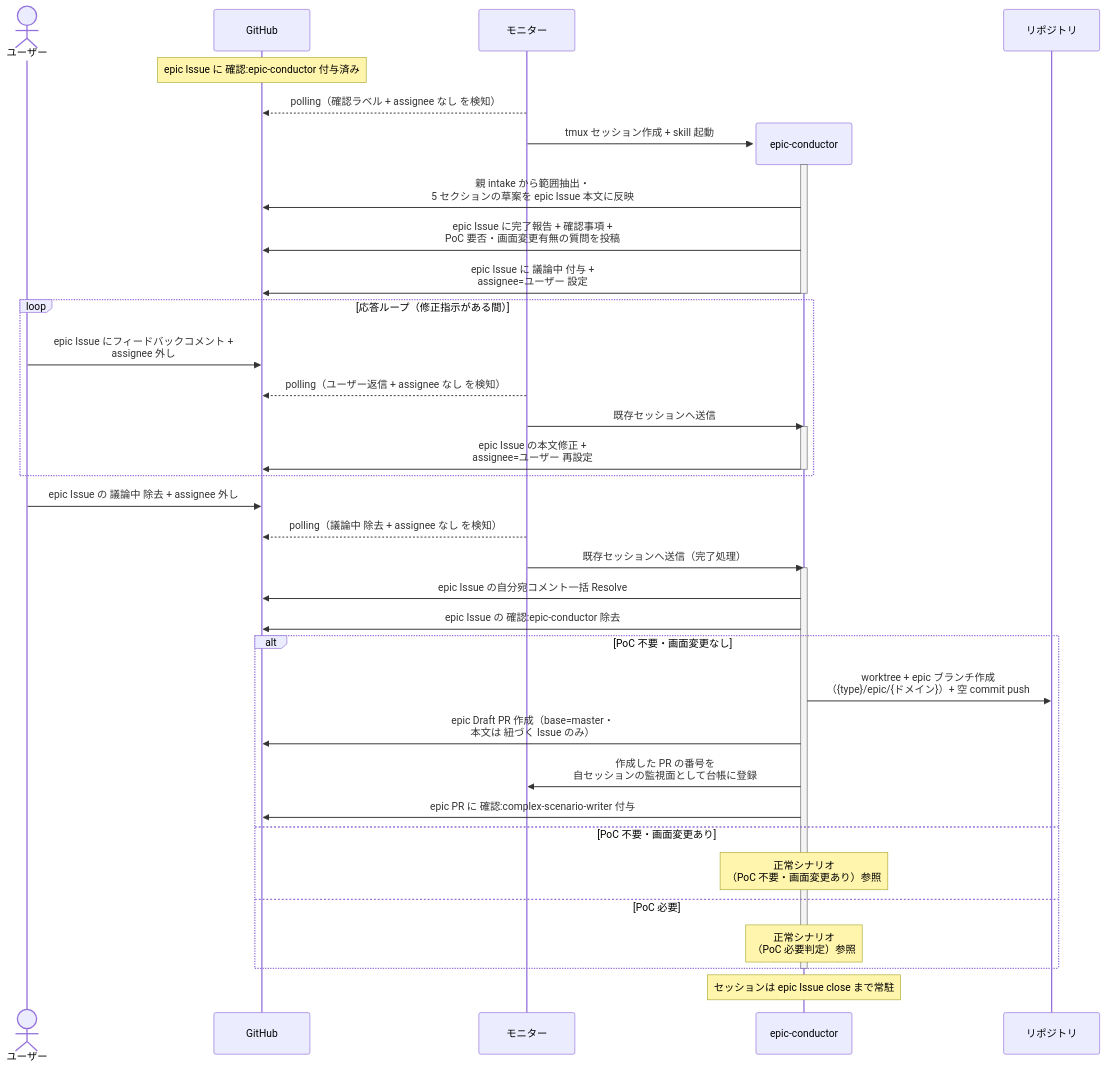
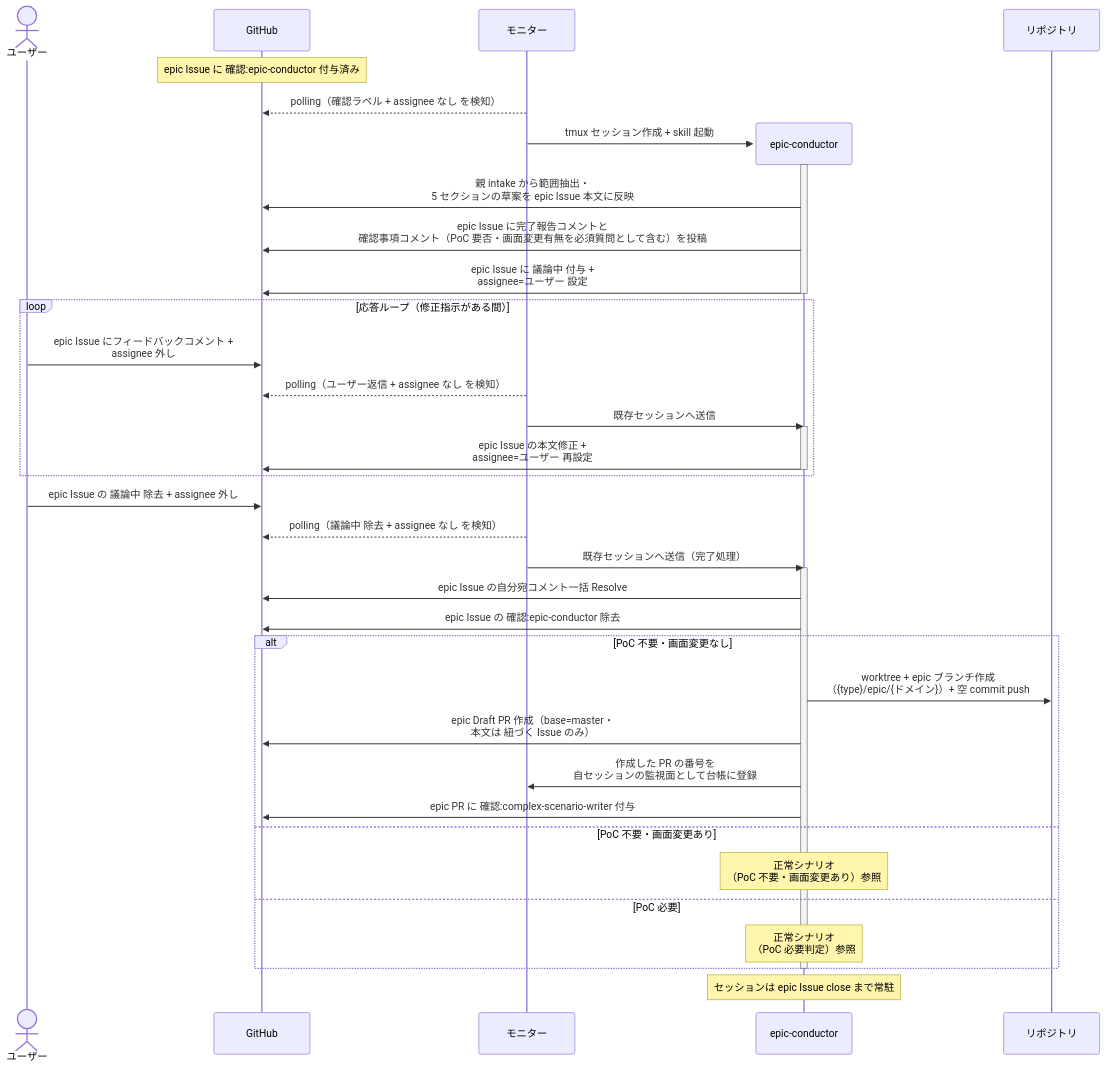
The first of 3 diagrams in docs/wiki/設計図/シナリオ/単一ユースケース/epic要件確定.md (shuhei1101/ai-monitor), drawn with Mermaid before and after one commit. The commit also changed 5 other files, not shown here.

````diff
--- a/docs/wiki/設計図/シナリオ/単一ユースケース/epic要件確定.md
+++ b/docs/wiki/設計図/シナリオ/単一ユースケース/epic要件確定.md
@@ -23,45 +23,45 @@
 ```mermaid
 sequenceDiagram
   actor U as ユーザー
   participant GH as GitHub
   participant ORC as モニター
 
   Note over GH: epic Issue に 確認:epic-conductor 付与済み
   ORC-->>GH: polling（確認ラベル + assignee なし を検知）
   create participant MON as epic-conductor
   ORC->>MON: tmux セッション作成 + skill 起動
   participant REPO as リポジトリ
   activate MON
   MON->>GH: 親 intake から範囲抽出・<br>5 セクションの草案を epic Issue 本文に反映
-  MON->>GH: epic Issue に完了報告 + 確認事項 +<br>PoC 要否・画面変更有無の質問を投稿
+  MON->>GH: epic Issue に完了報告コメントと<br>確認事項コメント（PoC 要否・画面変更有無を必須質問として含む）を投稿
   MON->>GH: epic Issue に 議論中 付与 +<br>assignee=ユーザー 設定
   deactivate MON
 
   loop 応答ループ（修正指示がある間）
     U->>GH: epic Issue にフィードバックコメント +<br>assignee 外し
     ORC-->>GH: polling（ユーザー返信 + assignee なし を検知）
     ORC->>MON: 既存セッションへ送信
     activate MON
     MON->>GH: epic Issue の本文修正 +<br>assignee=ユーザー 再設定
     deactivate MON
   end
 
   U->>GH: epic Issue の 議論中 除去 + assignee 外し
   ORC-->>GH: polling（議論中 除去 + assignee なし を検知）
   ORC->>MON: 既存セッションへ送信（完了処理）
   activate MON
   MON->>GH: epic Issue の自分宛コメント一括 Resolve
   MON->>GH: epic Issue の 確認:epic-conductor 除去
   alt PoC 不要・画面変更なし
     MON->>REPO: worktree + epic ブランチ作成<br>（{type}/epic/{ドメイン}）+ 空 commit push
     MON->>GH: epic Draft PR 作成（base=master・<br>本文は 紐づく Issue のみ）
     MON->>ORC: 作成した PR の番号を<br>自セッションの監視面として台帳に登録
     MON->>GH: epic PR に 確認:complex-scenario-writer 付与
   else PoC 不要・画面変更あり
     Note over MON: 正常シナリオ<br>（PoC 不要・画面変更あり）参照
   else PoC 必要
     Note over MON: 正常シナリオ<br>（PoC 必要判定）参照
   end
   deactivate MON
   Note over MON: セッションは epic Issue close まで常駐
 ```
````
